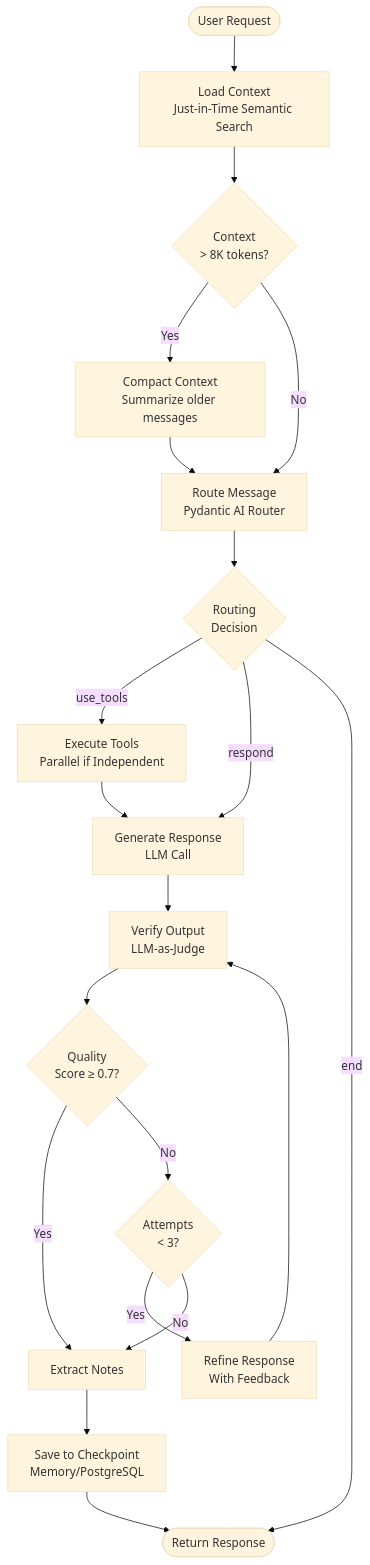
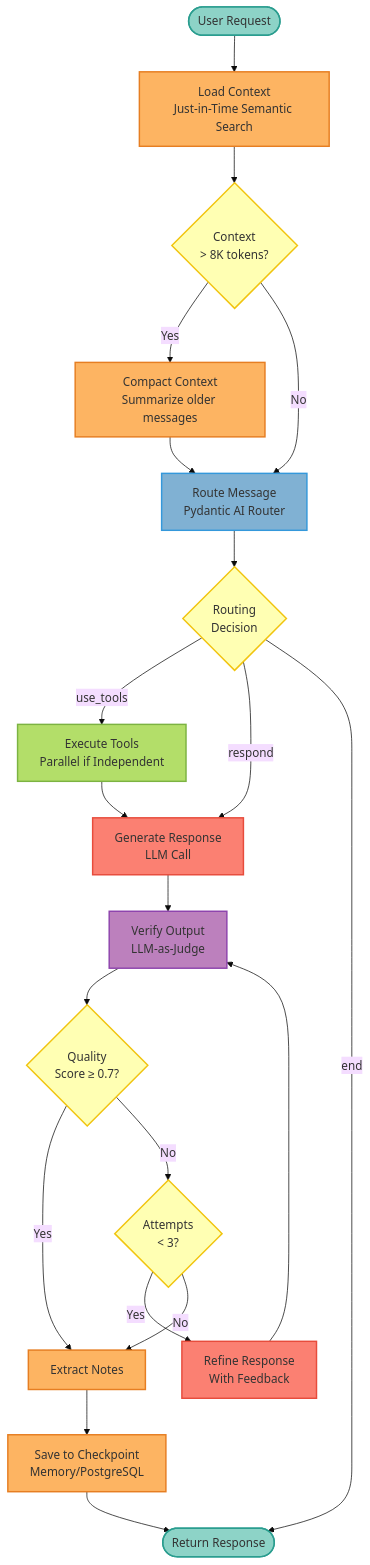
Before and after one commit to vishnu2kmohan/mcp-server-langgraph: the third of 10 diagrams in docs/diagrams/system-architecture.mdx, drawn with Mermaid (base theme). The commit also changed other lines of this file, not shown here.

First line of the commit message:
docs: add ColorBrewer2 Set3 palette styling to 8 system architecture diagrams

````diff
--- a/docs/diagrams/system-architecture.mdx
+++ b/docs/diagrams/system-architecture.mdx
@@ -160,29 +160,45 @@
 ```mermaid
 flowchart TD
     Start([User Request]) --> LoadContext[Load Context<br/>Just-in-Time Semantic Search]
 
     LoadContext --> Compact{Context<br/>> 8K tokens?}
     Compact -->|Yes| CompactCtx[Compact Context<br/>Summarize older messages]
     Compact -->|No| Route[Route Message<br/>Pydantic AI Router]
     CompactCtx --> Route
 
     Route --> Decision{Routing<br/>Decision}
     Decision -->|use_tools| ExecuteTools[Execute Tools<br/>Parallel if Independent]
     Decision -->|respond| GenerateResp[Generate Response<br/>LLM Call]
     Decision -->|end| End([Return Response])
 
     ExecuteTools --> GenerateResp
     GenerateResp --> Verify[Verify Output<br/>LLM-as-Judge]
 
     Verify --> Quality{Quality<br/>Score ≥ 0.7?}
     Quality -->|Yes| ExtractNotes[Extract Notes<br/&gt;6-Category LLM Extraction]
     Quality -->|No| Refine{Attempts<br/>< 3?}
 
     Refine -->|Yes| RefineResp[Refine Response<br/>With Feedback]
     Refine -->|No| ExtractNotes
     RefineResp --> Verify
 
     ExtractNotes --> SaveState[Save to Checkpoint<br/>Memory/PostgreSQL]
     SaveState --> End
 
+    %% ColorBrewer2 Set3 palette - each component type uniquely colored
+    classDef startEndStyle fill:#8dd3c7,stroke:#2a9d8f,stroke-width:2px,color:#333
+    classDef contextStyle fill:#fdb462,stroke:#e67e22,stroke-width:2px,color:#333
+    classDef decisionStyle fill:#ffffb3,stroke:#f1c40f,stroke-width:2px,color:#333
+    classDef toolStyle fill:#b3de69,stroke:#7cb342,stroke-width:2px,color:#333
+    classDef llmStyle fill:#fb8072,stroke:#e74c3c,stroke-width:2px,color:#333
+    classDef verifyStyle fill:#bc80bd,stroke:#8e44ad,stroke-width:2px,color:#333
+    classDef routeStyle fill:#80b1d3,stroke:#3498db,stroke-width:2px,color:#333
+
+    class Start,End startEndStyle
+    class LoadContext,CompactCtx,ExtractNotes,SaveState contextStyle
+    class Compact,Quality,Refine,Decision decisionStyle
+    class ExecuteTools toolStyle
+    class GenerateResp,RefineResp llmStyle
+    class Verify verifyStyle
+    class Route routeStyle
 ```
````
